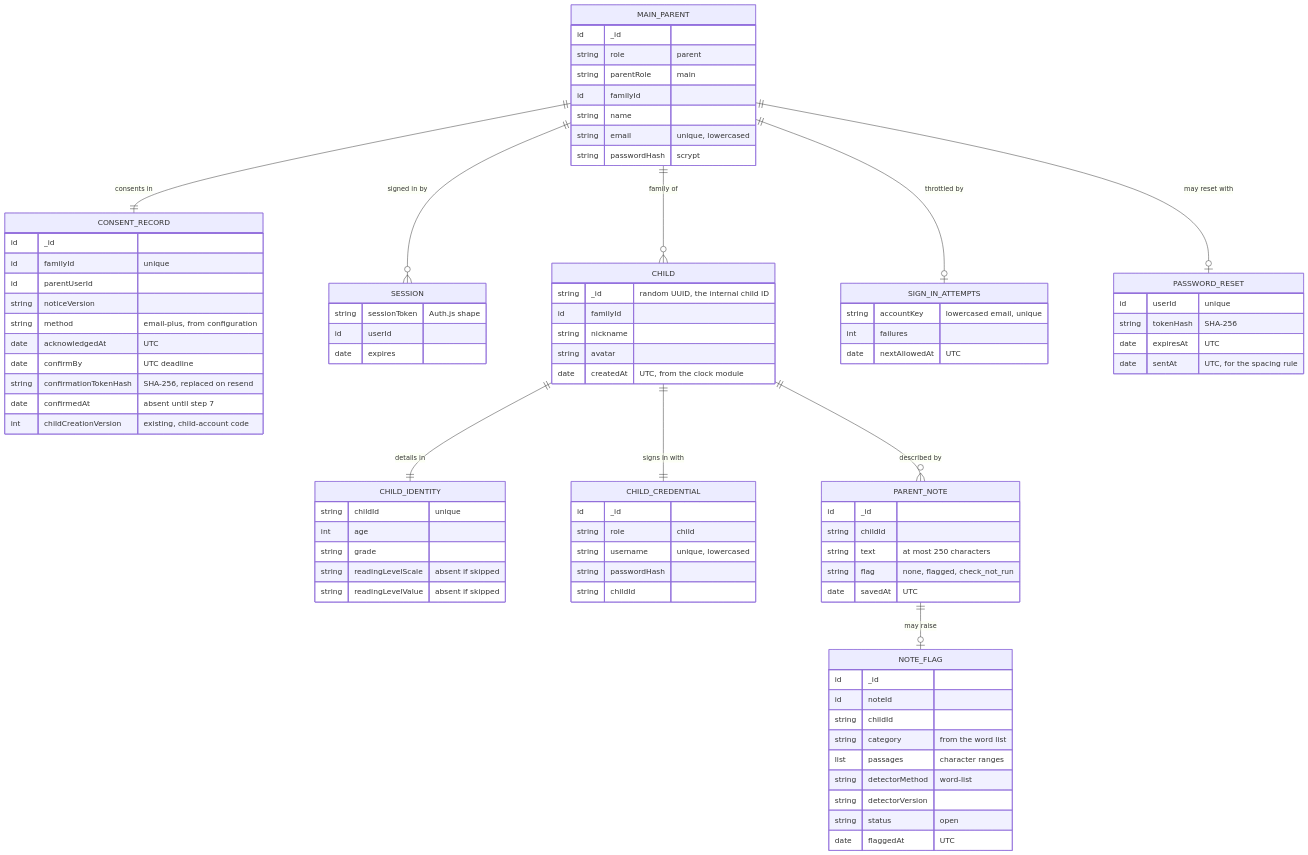
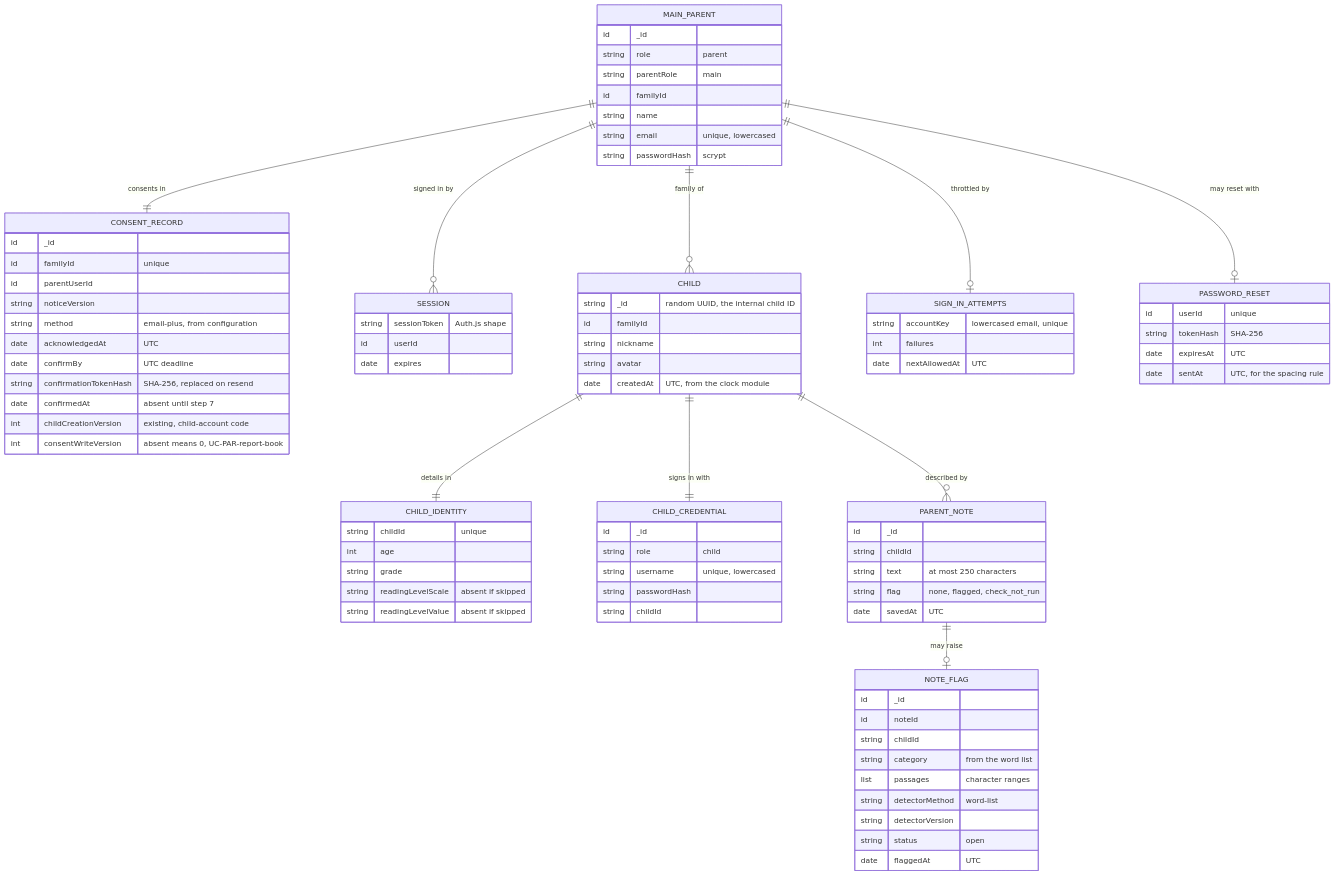
Diagram 11 of 12 in design/par.md (videogames21/book_buddies), drawn with Mermaid before and after one commit. The commit also changed other lines of this file and 1 other file, not shown here.

Commit message:
Lock consent in the report transaction and require an eligibility token for 7b

```diff
--- a/design/par.md
+++ b/design/par.md
@@ -878,6 +882,7 @@
         string confirmationTokenHash "SHA-256, replaced on resend"
         date confirmedAt "absent until step 7"
         int childCreationVersion "existing, child-account code"
+        int consentWriteVersion "absent means 0, UC-PAR-report-book"
     }
     SESSION {
         string sessionToken "Auth.js shape"
```
